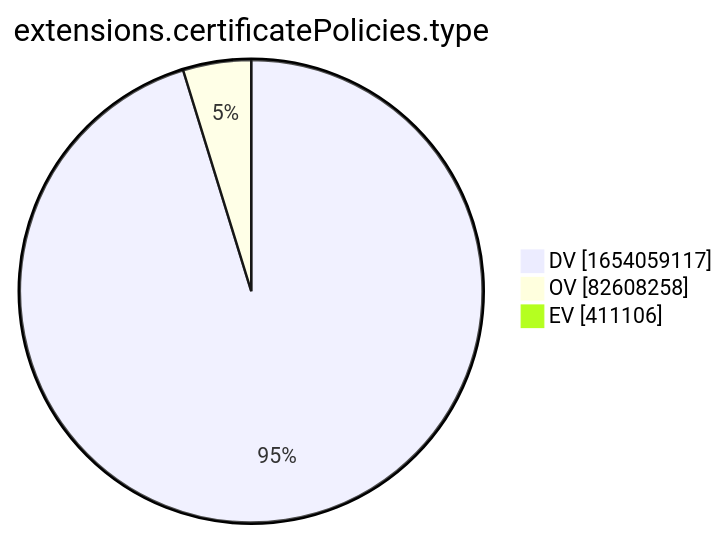
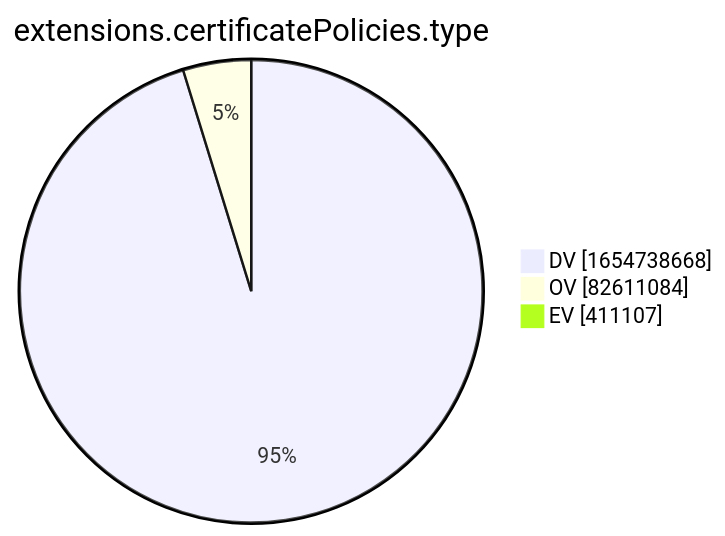
One commit to christiankrug/ctmonitor_visualization changed the tenth of 15 diagrams in xenon2022/README.md. Above: the diagram before and after it, drawn with Mermaid. The commit also changed other lines of this file, not shown here.

````diff
--- a/xenon2022/README.md
+++ b/xenon2022/README.md
@@ -2880,7 +2880,7 @@
 ```mermaid
 pie showData
 title extensions.certificatePolicies.type
-"DV" :1654059117
-"OV" :82608258
-"EV" :411106
+"DV" :1654738668
+"OV" :82611084
+"EV" :411107
 ```
````
